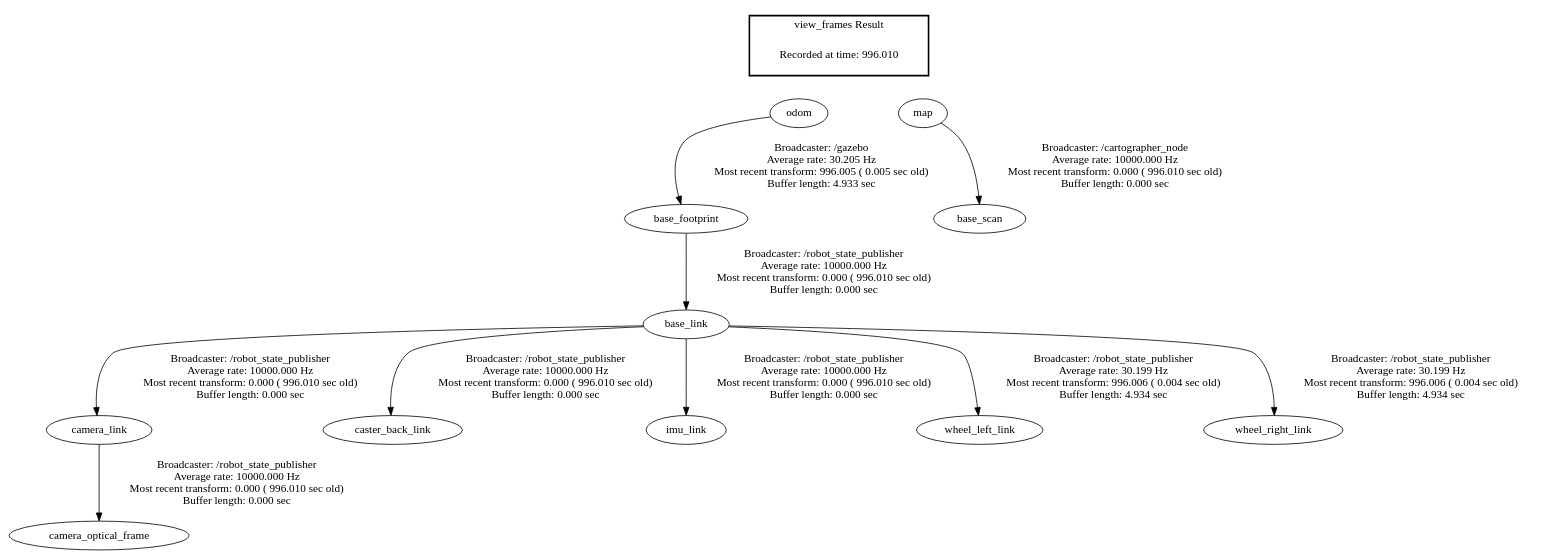
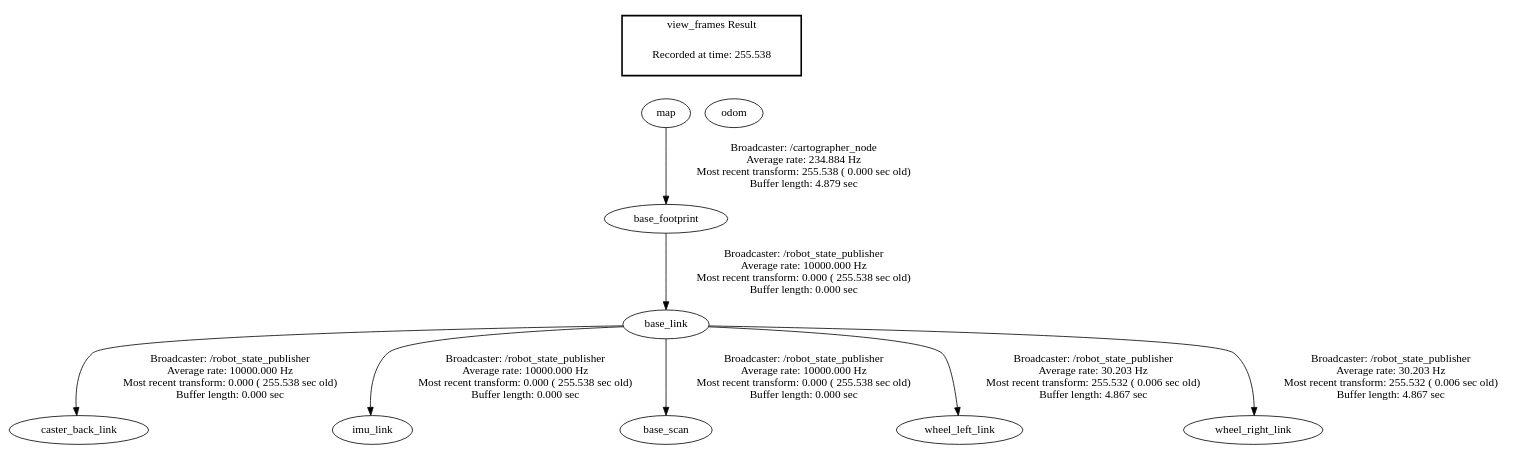
The diagram in catkin_ws/frames.gv (D7039E-E7032E/Mapping-Robot), drawn with Graphviz before and after one commit. The commit also changed 702 other files, not shown here.

```diff
--- a/catkin_ws/frames.gv
+++ b/catkin_ws/frames.gv
@@ -1,19 +1,17 @@
 digraph G {
-"base_footprint" -> "base_link"[label="Broadcaster: /robot_state_publisher\nAverage rate: 10000.000 Hz\nMost recent transform: 0.000 ( 996.010 sec old)\nBuffer length: 0.000 sec\n"];
-"odom" -> "base_footprint"[label="Broadcaster: /gazebo\nAverage rate: 30.205 Hz\nMost recent transform: 996.005 ( 0.005 sec old)\nBuffer length: 4.933 sec\n"];
-"base_link" -> "camera_link"[label="Broadcaster: /robot_state_publisher\nAverage rate: 10000.000 Hz\nMost recent transform: 0.000 ( 996.010 sec old)\nBuffer length: 0.000 sec\n"];
-"camera_link" -> "camera_optical_frame"[label="Broadcaster: /robot_state_publisher\nAverage rate: 10000.000 Hz\nMost recent transform: 0.000 ( 996.010 sec old)\nBuffer length: 0.000 sec\n"];
-"base_link" -> "caster_back_link"[label="Broadcaster: /robot_state_publisher\nAverage rate: 10000.000 Hz\nMost recent transform: 0.000 ( 996.010 sec old)\nBuffer length: 0.000 sec\n"];
-"base_link" -> "imu_link"[label="Broadcaster: /robot_state_publisher\nAverage rate: 10000.000 Hz\nMost recent transform: 0.000 ( 996.010 sec old)\nBuffer length: 0.000 sec\n"];
-"map" -> "base_scan"[label="Broadcaster: /cartographer_node\nAverage rate: 10000.000 Hz\nMost recent transform: 0.000 ( 996.010 sec old)\nBuffer length: 0.000 sec\n"];
-"base_link" -> "wheel_left_link"[label="Broadcaster: /robot_state_publisher\nAverage rate: 30.199 Hz\nMost recent transform: 996.006 ( 0.004 sec old)\nBuffer length: 4.934 sec\n"];
-"base_link" -> "wheel_right_link"[label="Broadcaster: /robot_state_publisher\nAverage rate: 30.199 Hz\nMost recent transform: 996.006 ( 0.004 sec old)\nBuffer length: 4.934 sec\n"];
+"base_footprint" -> "base_link"[label="Broadcaster: /robot_state_publisher\nAverage rate: 10000.000 Hz\nMost recent transform: 0.000 ( 255.538 sec old)\nBuffer length: 0.000 sec\n"];
+"map" -> "base_footprint"[label="Broadcaster: /cartographer_node\nAverage rate: 234.884 Hz\nMost recent transform: 255.538 ( 0.000 sec old)\nBuffer length: 4.879 sec\n"];
+"base_link" -> "caster_back_link"[label="Broadcaster: /robot_state_publisher\nAverage rate: 10000.000 Hz\nMost recent transform: 0.000 ( 255.538 sec old)\nBuffer length: 0.000 sec\n"];
+"base_link" -> "imu_link"[label="Broadcaster: /robot_state_publisher\nAverage rate: 10000.000 Hz\nMost recent transform: 0.000 ( 255.538 sec old)\nBuffer length: 0.000 sec\n"];
+"base_link" -> "base_scan"[label="Broadcaster: /robot_state_publisher\nAverage rate: 10000.000 Hz\nMost recent transform: 0.000 ( 255.538 sec old)\nBuffer length: 0.000 sec\n"];
+"base_link" -> "wheel_left_link"[label="Broadcaster: /robot_state_publisher\nAverage rate: 30.203 Hz\nMost recent transform: 255.532 ( 0.006 sec old)\nBuffer length: 4.867 sec\n"];
+"base_link" -> "wheel_right_link"[label="Broadcaster: /robot_state_publisher\nAverage rate: 30.203 Hz\nMost recent transform: 255.532 ( 0.006 sec old)\nBuffer length: 4.867 sec\n"];
 edge [style=invis];
  subgraph cluster_legend { style=bold; color=black; label ="view_frames Result";
-"Recorded at time: 996.010"[ shape=plaintext ] ;
+"Recorded at time: 255.538"[ shape=plaintext ] ;
  }->"map";
 edge [style=invis];
  subgraph cluster_legend { style=bold; color=black; label ="view_frames Result";
-"Recorded at time: 996.010"[ shape=plaintext ] ;
+"Recorded at time: 255.538"[ shape=plaintext ] ;
  }->"odom";
 }
```
